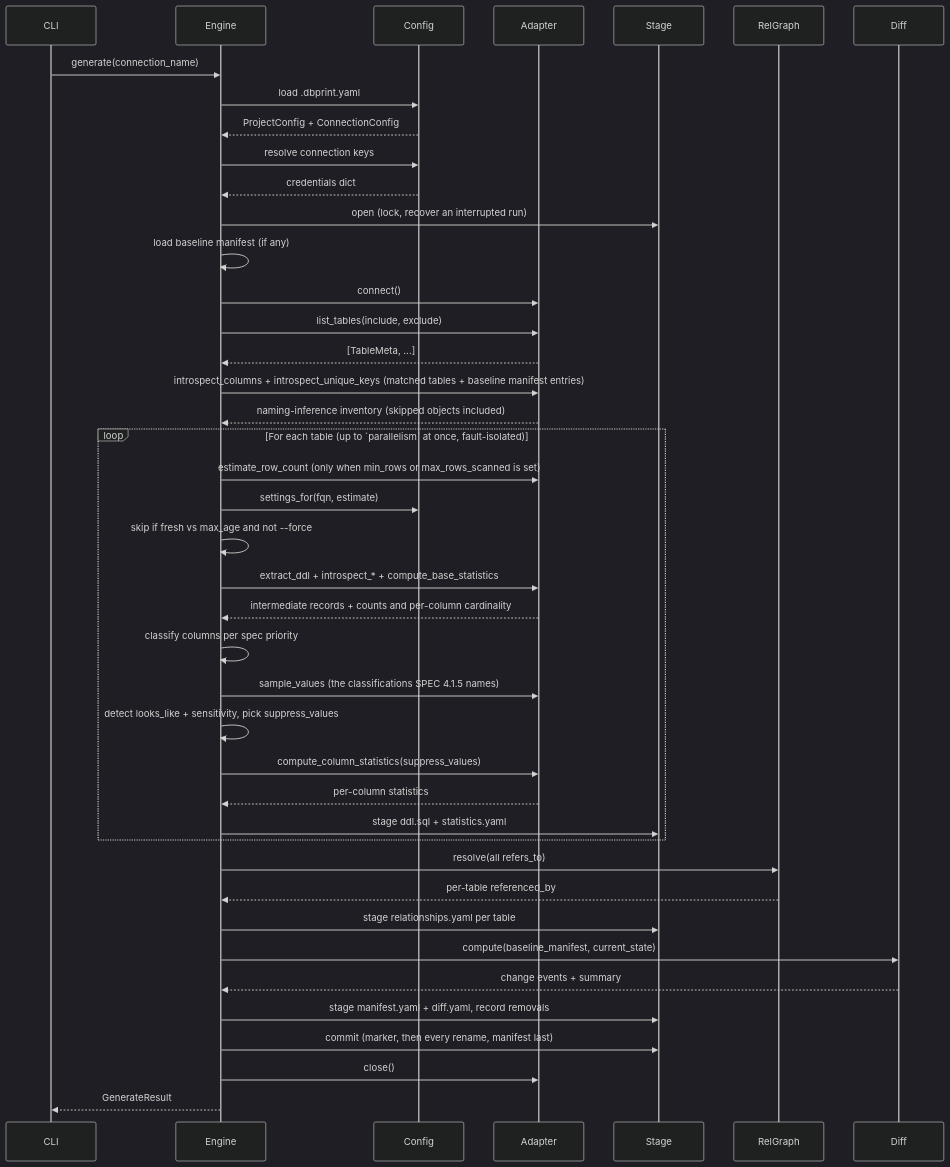
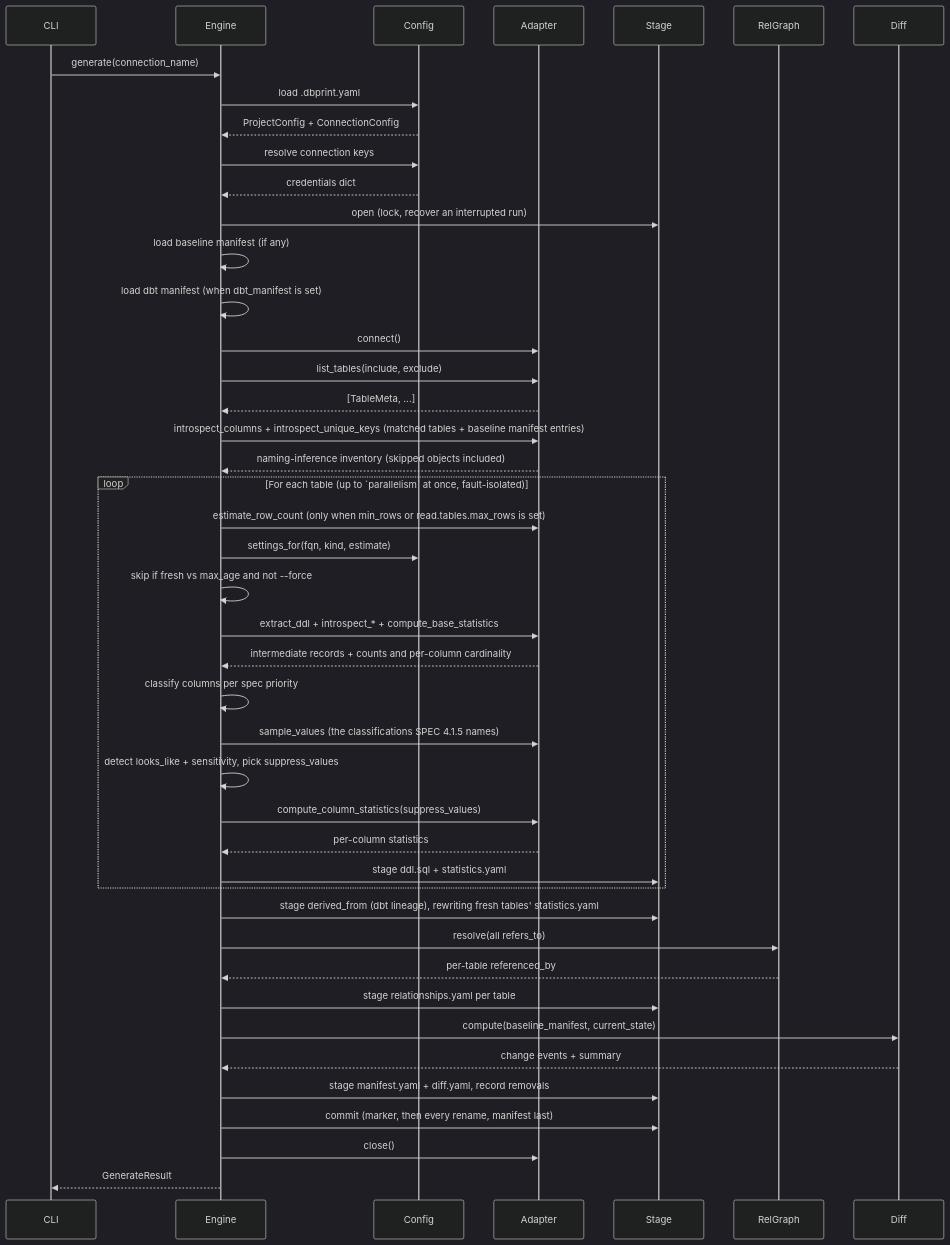
The first of 6 diagrams in docs/ARCHITECTURE.md (jakubro/dbprint), drawn with Mermaid (dark theme) before and after one commit. The commit also changed other lines of this file and 258 other files, not shown here.

````diff
--- a/docs/ARCHITECTURE.md
+++ b/docs/ARCHITECTURE.md
@@ -443,49 +452,51 @@
 ```mermaid
 sequenceDiagram
     participant CLI
     participant Engine
     participant Config
     participant Adapter
     participant Stage
     participant RGraph as RelGraph
     participant Diff
 
     CLI->>Engine: generate(connection_name)
     Engine->>Config: load .dbprint.yaml
     Config-->>Engine: ProjectConfig + ConnectionConfig
     Engine->>Config: resolve connection keys
     Config-->>Engine: credentials dict
     Engine->>Stage: open (lock, recover an interrupted run)
     Engine->>Engine: load baseline manifest (if any)
+    Engine->>Engine: load dbt manifest (when dbt_manifest is set)
     Engine->>Adapter: connect()
     Engine->>Adapter: list_tables(include, exclude)
     Adapter-->>Engine: [TableMeta, ...]
 
     Engine->>Adapter: introspect_columns + introspect_unique_keys (matched tables + baseline manifest entries)
     Adapter-->>Engine: naming-inference inventory (skipped objects included)
 
     loop For each table (up to `parallelism` at once, fault-isolated)
-        Engine->>Adapter: estimate_row_count (only when min_rows or max_rows_scanned is set)
-        Engine->>Config: settings_for(fqn, estimate)
+        Engine->>Adapter: estimate_row_count (only when min_rows or read.tables.max_rows is set)
+        Engine->>Config: settings_for(fqn, kind, estimate)
         Engine->>Engine: skip if fresh vs max_age and not --force
         Engine->>Adapter: extract_ddl + introspect_* + compute_base_statistics
         Adapter-->>Engine: intermediate records + counts and per-column cardinality
         Engine->>Engine: classify columns per spec priority
         Engine->>Adapter: sample_values (the classifications SPEC 4.1.5 names)
         Engine->>Engine: detect looks_like + sensitivity, pick suppress_values
         Engine->>Adapter: compute_column_statistics(suppress_values)
         Adapter-->>Engine: per-column statistics
         Engine->>Stage: stage ddl.sql + statistics.yaml
     end
 
+    Engine->>Stage: stage derived_from (dbt lineage), rewriting fresh tables' statistics.yaml
     Engine->>RGraph: resolve(all refers_to)
     RGraph-->>Engine: per-table referenced_by
     Engine->>Stage: stage relationships.yaml per table
 
     Engine->>Diff: compute(baseline_manifest, current_state)
     Diff-->>Engine: change events + summary
     Engine->>Stage: stage manifest.yaml + diff.yaml, record removals
     Engine->>Stage: commit (marker, then every rename, manifest last)
     Engine->>Adapter: close()
     Engine-->>CLI: GenerateResult
 ```
````
